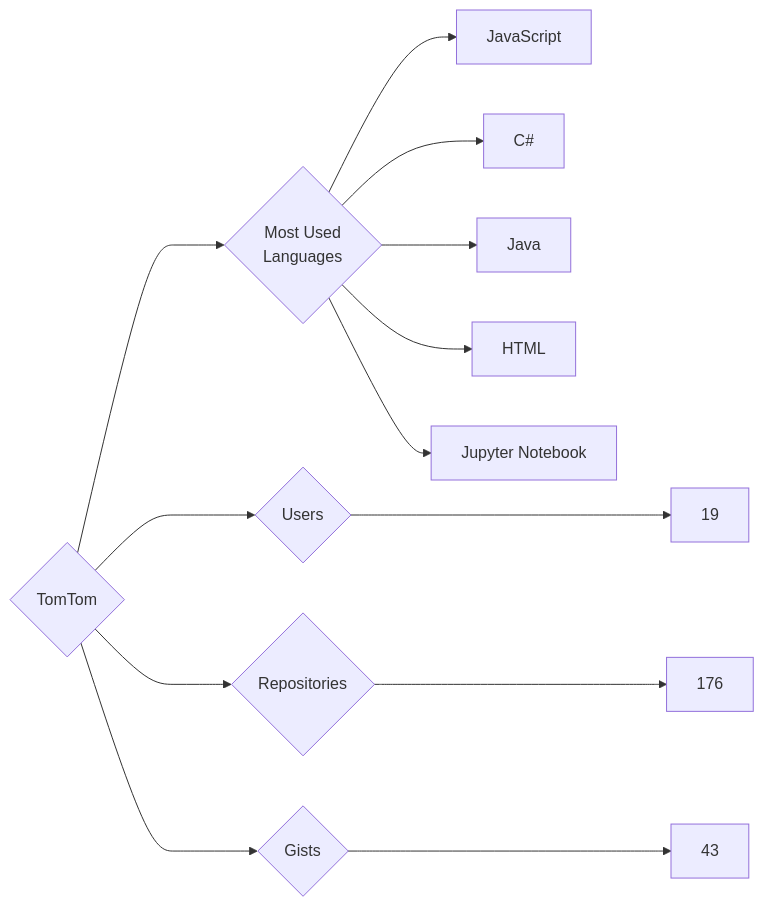
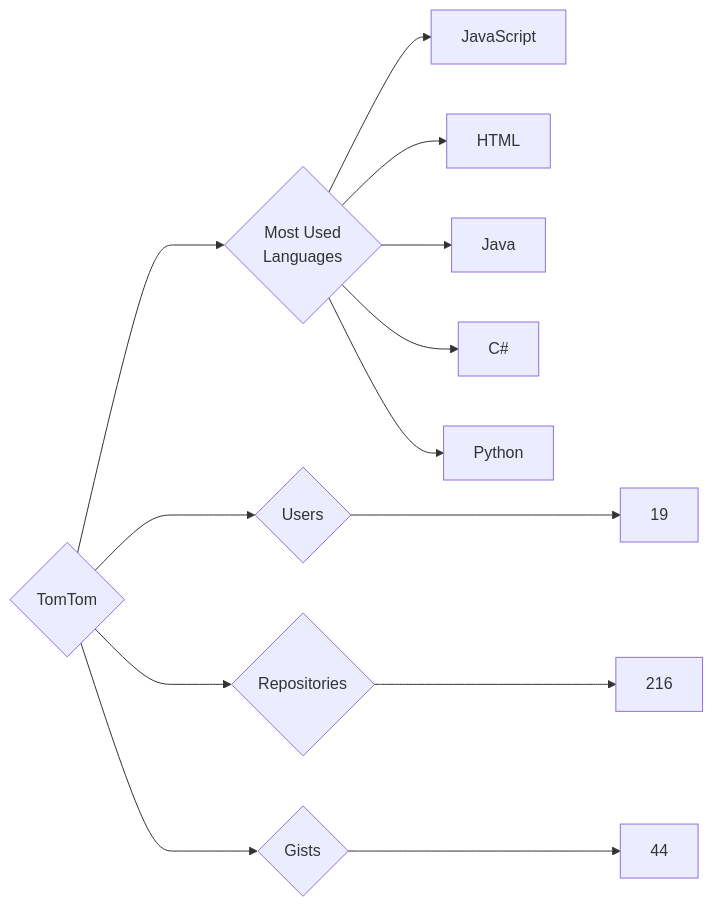
The diagram in targets/TomTom/README.md (trickest/insiders), drawn with Mermaid before and after one commit. The commit also changed 851 other files, not shown here.

````diff
--- a/targets/TomTom/README.md
+++ b/targets/TomTom/README.md
@@ -3,13 +3,13 @@
 ```mermaid
 graph LR
 COMPANY_NAME{TomTom}
 COMPANY_NAME ---> U{Users} ---> UN[19]
-COMPANY_NAME ---> R{Repositories} ---> RN[176]
-COMPANY_NAME ---> G{Gists} ---> GN[43]
+COMPANY_NAME ---> R{Repositories} ---> RN[216]
+COMPANY_NAME ---> G{Gists} ---> GN[44]
 COMPANY_NAME ---> ML{Most Used<br>Languages}
 ML --> JavaScript[JavaScript]
+ML --> HTML[HTML]
+ML --> Java[Java]
 ML --> C#[C#]
-ML --> Java[Java]
-ML --> HTML[HTML]
-ML --> Jupyter_Notebook[Jupyter Notebook]
+ML --> Python[Python]
 ```
````
